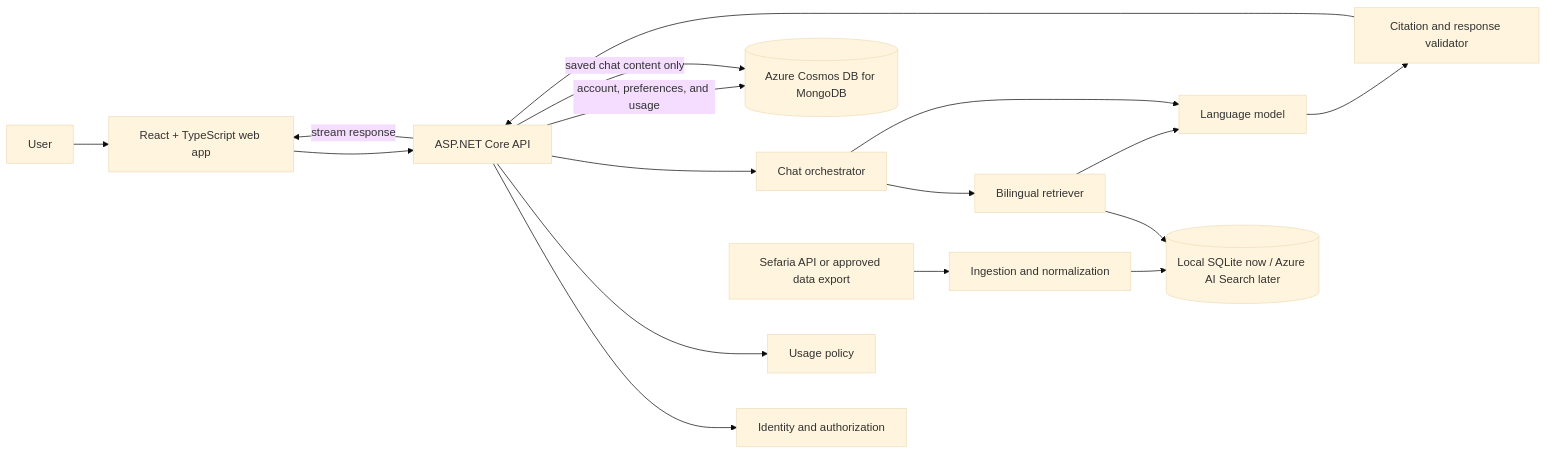
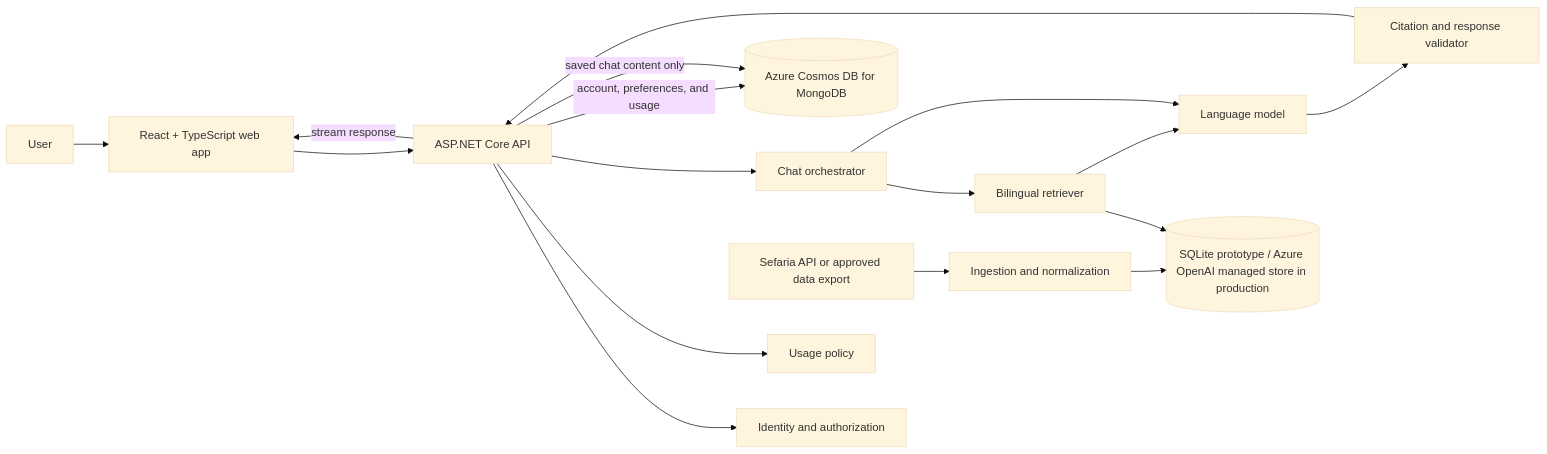
Before and after one commit to Amitai5/AskARabbi: the diagram in docs/TECHNICAL.md, drawn with Mermaid (base theme). The commit also changed other lines of this file and 67 other files, not shown here.

````diff
--- a/docs/TECHNICAL.md
+++ b/docs/TECHNICAL.md
@@ -79,23 +79,23 @@
 ```mermaid
 flowchart LR
     User[User] --> Web[React + TypeScript web app]
     Web --> Api[ASP.NET Core API]
 
     Api --> Identity[Identity and authorization]
     Api --> Usage[Usage policy]
     Api --> Orchestrator[Chat orchestrator]
 
     Orchestrator --> Retriever[Bilingual retriever]
-    Retriever --> SourceIndex[(Local SQLite now / Azure AI Search later)]
+    Retriever --> SourceIndex[(SQLite prototype / Azure OpenAI managed store in production)]
     Sefaria[Sefaria API or approved data export] --> Ingestion[Ingestion and normalization]
     Ingestion --> SourceIndex
 
     Orchestrator --> Model[Language model]
     Retriever --> Model
     Model --> Validator[Citation and response validator]
     Validator --> Api
 
     Api -->|account, preferences, and usage| AppData[(Azure Cosmos DB for MongoDB)]
     Api -->|saved chat content only| AppData
     Api -->|stream response| Web
 ```
````
